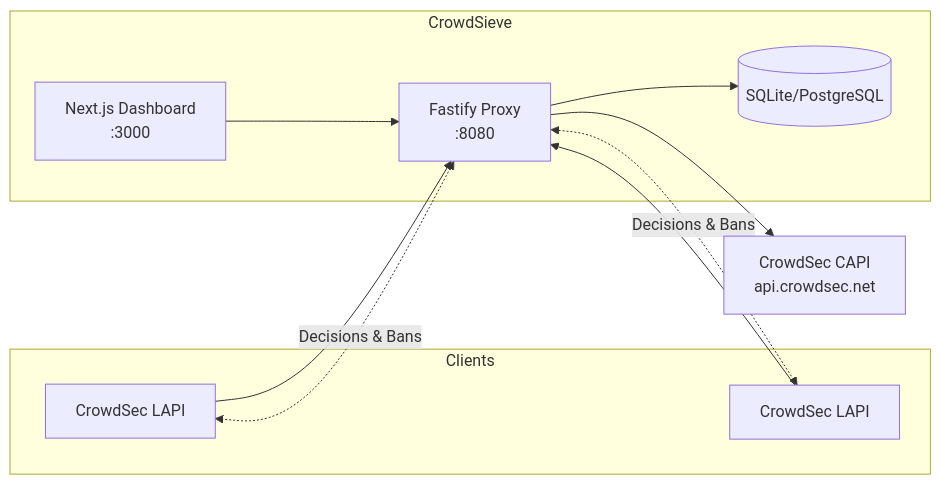
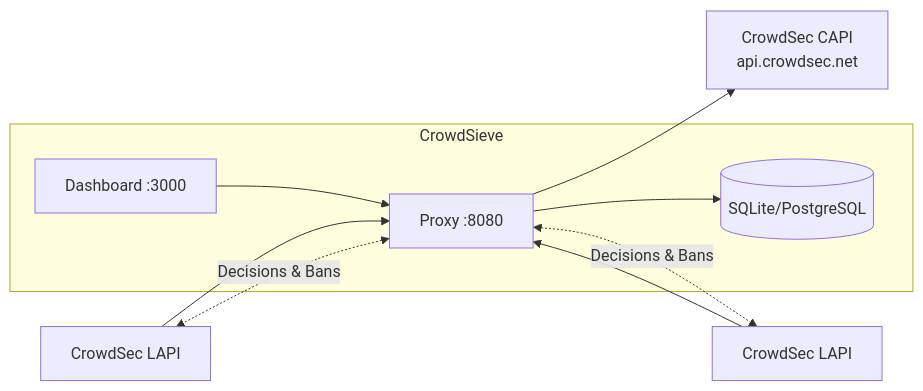
Before and after one commit to linagora/crowdsieve: the diagram in README.md, drawn with Mermaid.

Commit message:
Fix mermaid diagram node ordering
🤖 Generated with [Claude Code](https://claude.com/claude-code)

````diff
--- a/README.md
+++ b/README.md
@@ -326,23 +326,17 @@
 ```mermaid
 flowchart LR
-    subgraph Clients
-        LAPI1[CrowdSec LAPI]
-        LAPI2[CrowdSec LAPI]
+    LAPI1[CrowdSec LAPI] --> Proxy
+    LAPI2[CrowdSec LAPI] --> Proxy
+    Proxy --> CAPI[CrowdSec CAPI<br/>api.crowdsec.net]
+
+    subgraph CrowdSieve
+        Proxy[Proxy :8080]
+        DB[(SQLite/PostgreSQL)]
+        Dashboard[Dashboard :3000]
+        Proxy --> DB
+        Dashboard --> Proxy
     end
 
-    subgraph CrowdSieve
-        Proxy[Fastify Proxy<br/>:8080]
-        DB[(SQLite/PostgreSQL)]
-        Dashboard[Next.js Dashboard<br/>:3000]
-    end
-
-    CAPI[CrowdSec CAPI<br/>api.crowdsec.net]
-
-    LAPI1 --> Proxy
-    LAPI2 --> Proxy
-    Proxy --> CAPI
-    Proxy --> DB
-    Dashboard --> Proxy
     Proxy <-.->|Decisions & Bans| LAPI1
     Proxy <-.->|Decisions & Bans| LAPI2
 ```
````
